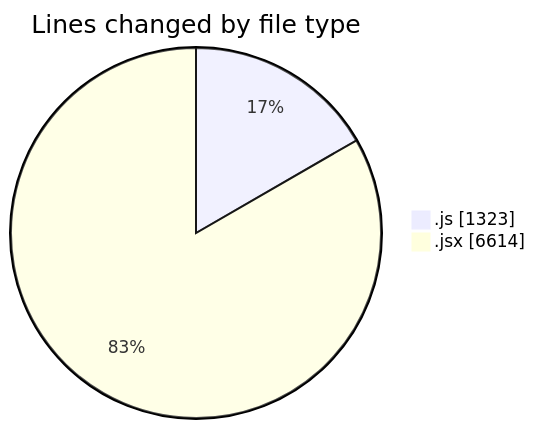
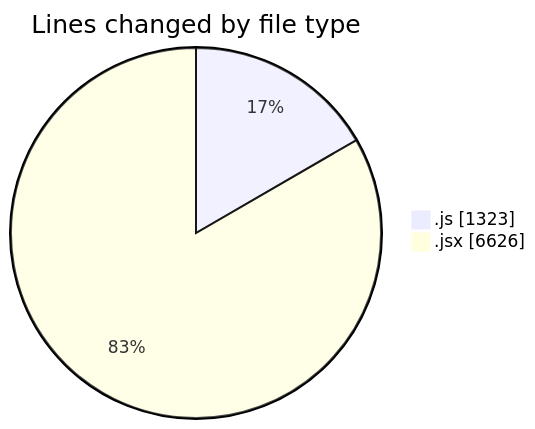
The first of 2 diagrams in 2025-12-05/nxtqube_webapp/README.md (nxtqubesakshisongat/code-tracking), drawn with Mermaid before and after one commit. The commit also changed other lines of this file and 1 other file, not shown here.

````diff
--- a/2025-12-05/nxtqube_webapp/README.md
+++ b/2025-12-05/nxtqube_webapp/README.md
@@ -27,6 +27,6 @@
 ```mermaid
 pie showData
 title Lines changed by file type
 ".js" : 1323
-".jsx" : 6614
+".jsx" : 6626
 ```
````
